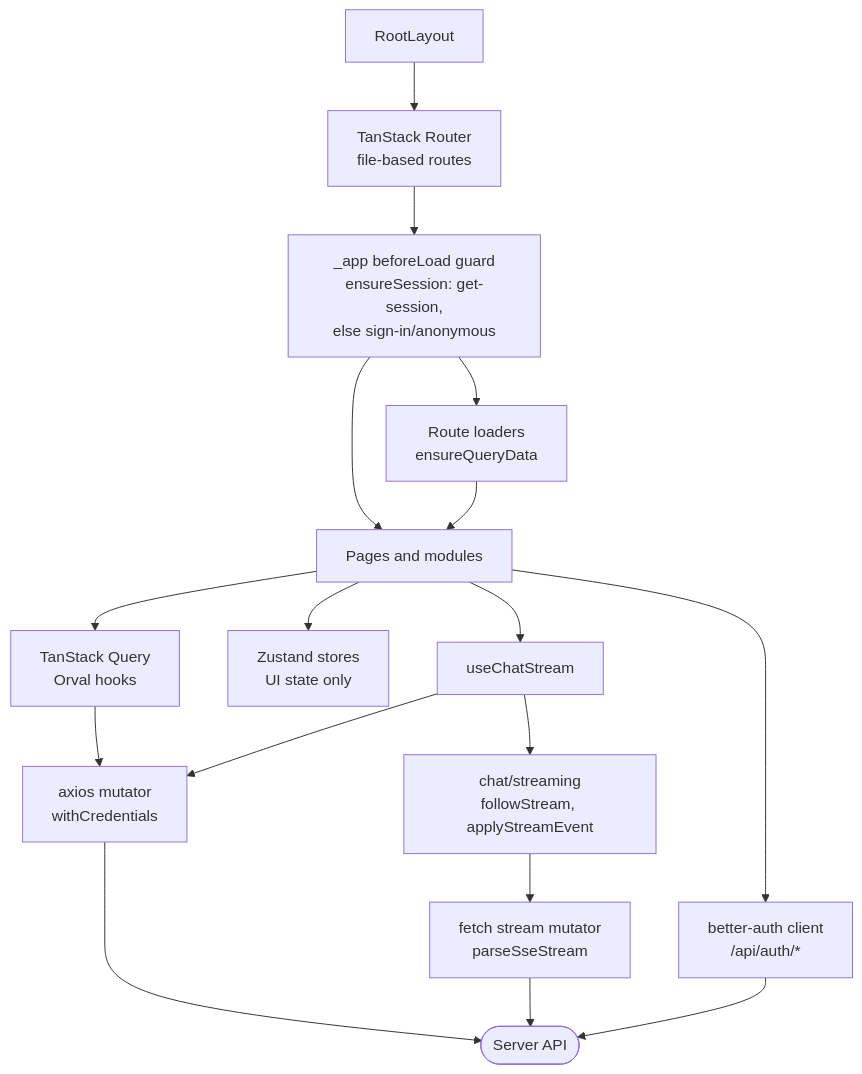
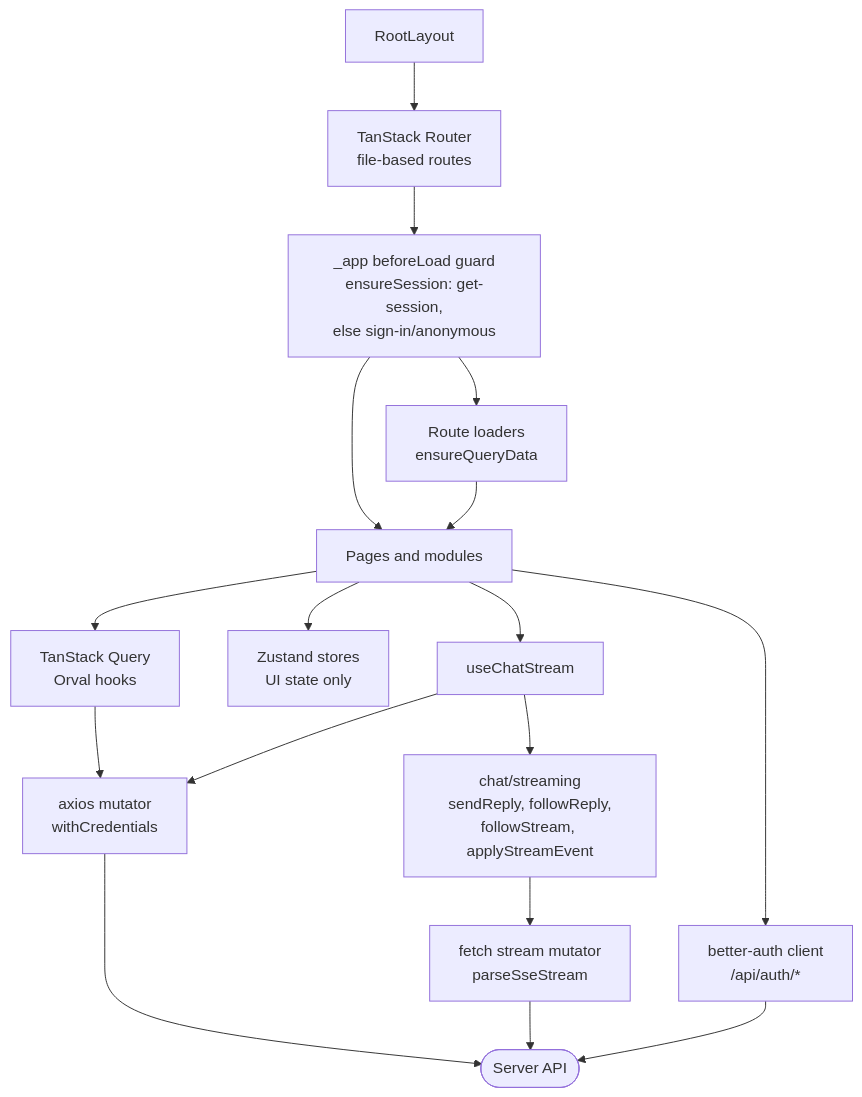
Before and after one commit to itsDaiton/nebula-chat: the eighth of 9 diagrams in docs/architecture.md, drawn with Mermaid. The commit also changed 18 other files, not shown here.

First line of the commit message:
fix(client): NEB-830 split send and reply control out of useChatStream

````diff
--- a/docs/architecture.md
+++ b/docs/architecture.md
@@ -427,19 +427,19 @@
 ```mermaid
 flowchart TD
   root["RootLayout"] --> router["TanStack Router<br/>file-based routes"]
   router --> guard["_app beforeLoad guard<br/>ensureSession: get-session,<br/>else sign-in/anonymous"]
   guard --> loader["Route loaders<br/>ensureQueryData"]
   guard --> pages[Pages and modules]
   loader --> pages
   pages --> query["TanStack Query<br/>Orval hooks"]
   pages --> stores["Zustand stores<br/>UI state only"]
   pages --> authc["better-auth client<br/>/api/auth/*"]
   pages --> chat["useChatStream"]
   query --> axios["axios mutator<br/>withCredentials"]
   chat --> axios
-  chat --> streaming["chat/streaming<br/>followStream, applyStreamEvent"]
+  chat --> streaming["chat/streaming<br/>sendReply, followReply,<br/>followStream, applyStreamEvent"]
   streaming --> fetch["fetch stream mutator<br/>parseSseStream"]
   axios --> api([Server API])
   fetch --> api
   authc --> api
 ```
````
